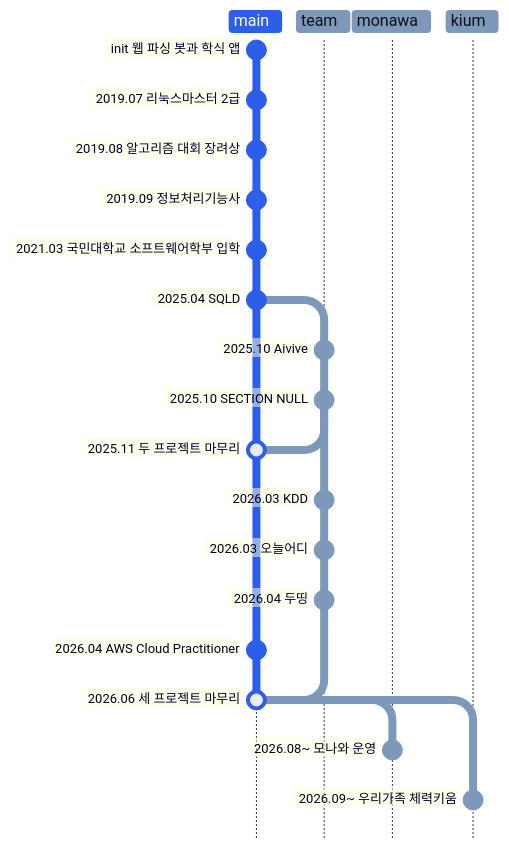
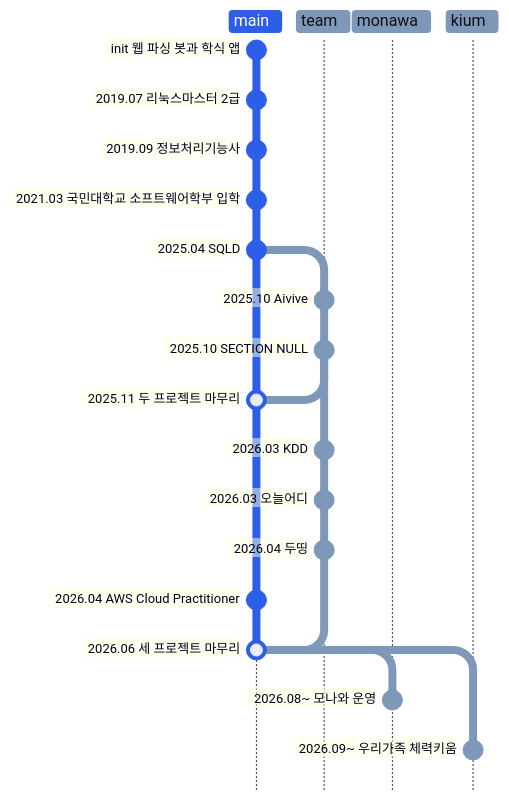
One commit to Sangjin-kmu/Sangjin-kmu changed the diagram in README.md. Above: the diagram before and after it, drawn with Mermaid. The commit also changed other lines of this file and 4 other files, not shown here.

````diff
--- a/README.md
+++ b/README.md
@@ -182,27 +182,26 @@
 ```mermaid
 %%{init: {"themeCSS": ".commit-label-bkg{fill:#8c959f;fill-opacity:.14;opacity:1}", "gitGraph": {"rotateCommitLabel": false}, "themeVariables": {"commitLabelFontSize": "13px", "git0": "#2c5ee8", "git1": "#7e98ba", "git2": "#7e98ba", "git3": "#7e98ba", "gitBranchLabel0": "#ffffff", "gitBranchLabel1": "#0d1117", "gitBranchLabel2": "#0d1117", "gitBranchLabel3": "#0d1117", "gitInv0": "#ffffff"}}}%%
 gitGraph TB:
   commit id: "init 웹 파싱 봇과 학식 앱"
   commit id: "2019.07 리눅스마스터 2급"
-  commit id: "2019.08 알고리즘 대회 장려상"
   commit id: "2019.09 정보처리기능사"
   commit id: "2021.03 국민대학교 소프트웨어학부 입학"
   commit id: "2025.04 SQLD"
   branch team
   commit id: "2025.10 Aivive"
   commit id: "2025.10 SECTION NULL"
   checkout main
   merge team id: "2025.11 두 프로젝트 마무리"
   checkout team
   commit id: "2026.03 KDD"
   commit id: "2026.03 오늘어디"
   commit id: "2026.04 두띵"
   checkout main
   commit id: "2026.04 AWS Cloud Practitioner"
   merge team id: "2026.06 세 프로젝트 마무리"
   branch monawa
   commit id: "2026.08~ 모나와 운영"
   checkout main
   branch kium
   commit id: "2026.09~ 우리가족 체력키움"
 ```
````
